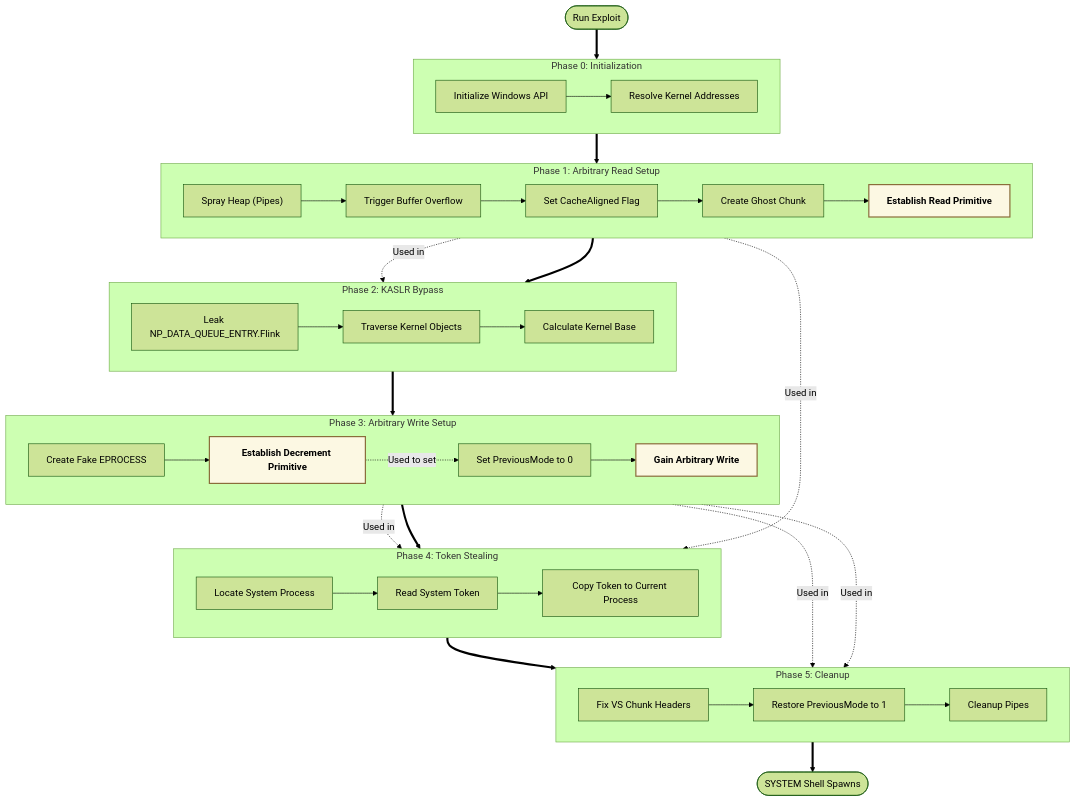
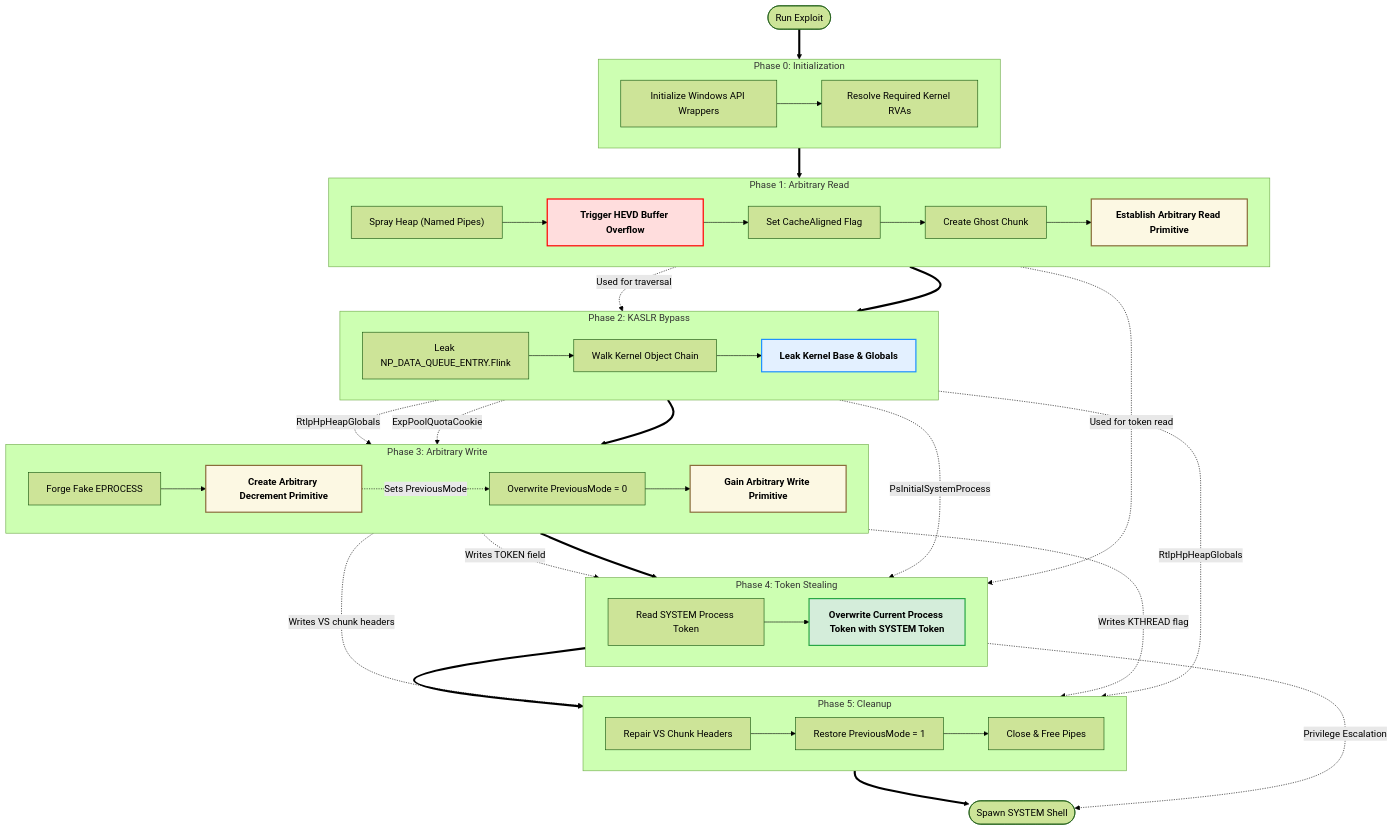
Before and after one commit to ommadawn46/HEVD-BufferOverflowNonPagedPoolNx-Win10-22H2: the diagram in README.md, drawn with Mermaid (forest theme).

Commit message:
Update Exploit Execution Flow

````diff
--- a/README.md
+++ b/README.md
@@ -33,52 +33,65 @@
 ```mermaid
 flowchart TD
-    classDef primitiveStyle fill:#fcf8e3,stroke:#8a6d3b,stroke-width:2px,font-weight:bold,color:#000000
+    classDef primitiveStyle fill:#fcf8e3,stroke:#8a6d3b,stroke-width:2px,font-weight:bold,color:#000
+    classDef vulnStyle      fill:#ffdddd,stroke:#ff0000,stroke-width:2px,font-weight:bold,color:#000
+    classDef coreLeakStyle  fill:#e3f0ff,stroke:#1e90ff,stroke-width:2px,font-weight:bold,color:#000
+    classDef goalStyle      fill:#d4edda,stroke:#28a745,stroke-width:2px,font-weight:bold,color:#000
 
     start(["Run Exploit"]) ==> phase0
     phase0 ==> phase1
     phase1 ==> phase2
     phase2 ==> phase3
     phase3 ==> phase4
     phase4 ==> phase5
-    phase5 ==> finish(["SYSTEM Shell Spawns"])
+    phase5 ==> finish(["Spawn SYSTEM Shell"])
 
     subgraph phase0["Phase 0: Initialization"]
         direction LR
-        init["Initialize Windows API"] --> rva["Resolve Kernel Addresses"]
+        init["Initialize Windows API Wrappers"] --> rva["Resolve Required Kernel RVAs"]
     end
 
-    subgraph phase1["Phase 1: Arbitrary Read Setup"]
+    subgraph phase1["Phase 1: Arbitrary Read"]
         direction LR
-        heap_spray["Spray Heap (Pipes)"] --> vuln["Trigger Buffer Overflow"] --> cachealign["Set CacheAligned Flag"] --> ghost["Create Ghost Chunk"] --> read["Establish Read Primitive"]
+        heap["Spray Heap (Named Pipes)"] --> vuln["Trigger HEVD Buffer Overflow"] --> cache["Set CacheAligned Flag"] --> ghost["Create Ghost Chunk"] --> read["Establish Arbitrary Read Primitive"]
     end
 
     subgraph phase2["Phase 2: KASLR Bypass"]
         direction LR
-        leak1["Leak NP_DATA_QUEUE_ENTRY.Flink"] --> traverse["Traverse Kernel Objects"] --> kernelbase["Calculate Kernel Base"]
+        leak1["Leak NP_DATA_QUEUE_ENTRY.Flink"] --> traverse["Walk Kernel Object Chain"] --> kbase["Leak Kernel Base & Globals"]
     end
 
-    subgraph phase3["Phase 3: Arbitrary Write Setup"]
+    subgraph phase3["Phase 3: Arbitrary Write"]
         direction LR
-        fakeeproc["Create Fake EPROCESS"] --> decrement["Establish Decrement Primitive"]
-        decrement -. "Used to set" .-> prevmode["Set PreviousMode to 0"]
-        prevmode --> write["Gain Arbitrary Write"]
+        fakeeproc["Forge Fake EPROCESS"] --> dec["Create Arbitrary Decrement Primitive"]
+        dec -. "Sets PreviousMode" .-> prevmode["Overwrite PreviousMode = 0"]
+        prevmode --> write["Gain Arbitrary Write Primitive"]
     end
 
     subgraph phase4["Phase 4: Token Stealing"]
         direction LR
-        sysprocess["Locate System Process"] --> systoken["Read System Token"] --> copytoken["Copy Token to Current Process"]
+        systoken["Read SYSTEM Process Token"] --> copytoken["Overwrite Current Process Token with SYSTEM Token"]
     end
 
     subgraph phase5["Phase 5: Cleanup"]
         direction LR
-        fixheaders["Fix VS Chunk Headers"] --> restoreprevmode["Restore PreviousMode to 1"] --> cleanupPipes["Cleanup Pipes"]
+        fixhdr["Repair VS Chunk Headers"] --> restoreprevmode["Restore PreviousMode = 1"] --> cleanpipes["Close & Free Pipes"]
     end
 
-    class read,decrement,write primitiveStyle
+    class read,dec,write primitiveStyle
+    class vuln vulnStyle
+    class kbase coreLeakStyle
+    class copytoken goalStyle
 
-    read -. "Used in" .-> traverse
-    read -. "Used in" .-> systoken
-    write -. "Used in" .-> copytoken
-    write -. "Used in" .-> fixheaders
-    write -. "Used in" .-> restoreprevmode
+    read  -. "Used for traversal"  .-> traverse
+    read  -. "Used for token read" .-> systoken
+    write -. "Writes TOKEN field"  .-> copytoken
+    write -. "Writes VS chunk headers" .-> fixhdr
+    write -. "Writes KTHREAD flag" .-> restoreprevmode
+
+    kbase -. "RtlpHpHeapGlobals"  .-> fakeeproc
+    kbase -. "ExpPoolQuotaCookie" .-> dec
+    kbase -. "RtlpHpHeapGlobals"  .-> fixhdr
+    kbase -. "PsInitialSystemProcess" .-> systoken
+
+    copytoken -. "Privilege Escalation" .-> finish
 ```
````
